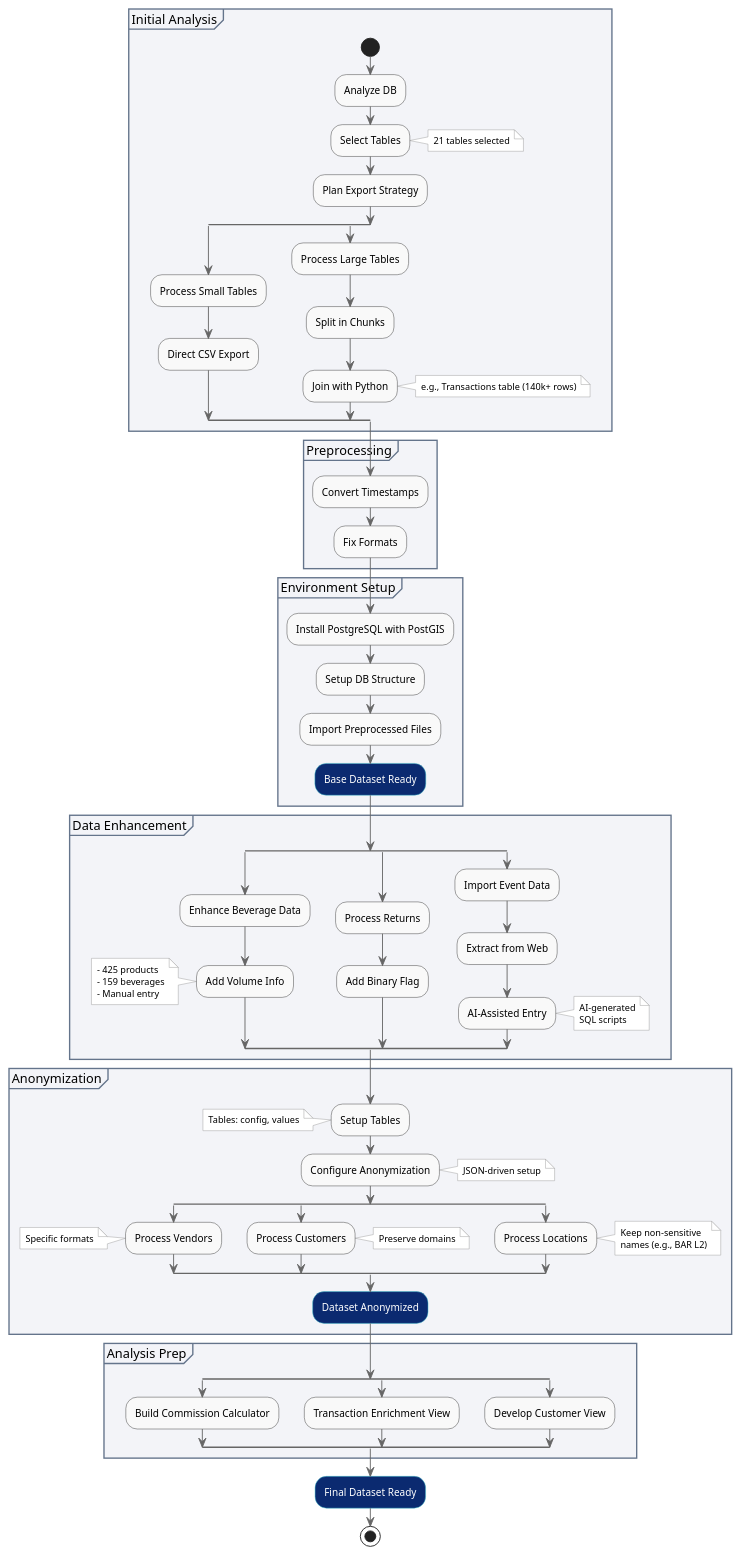
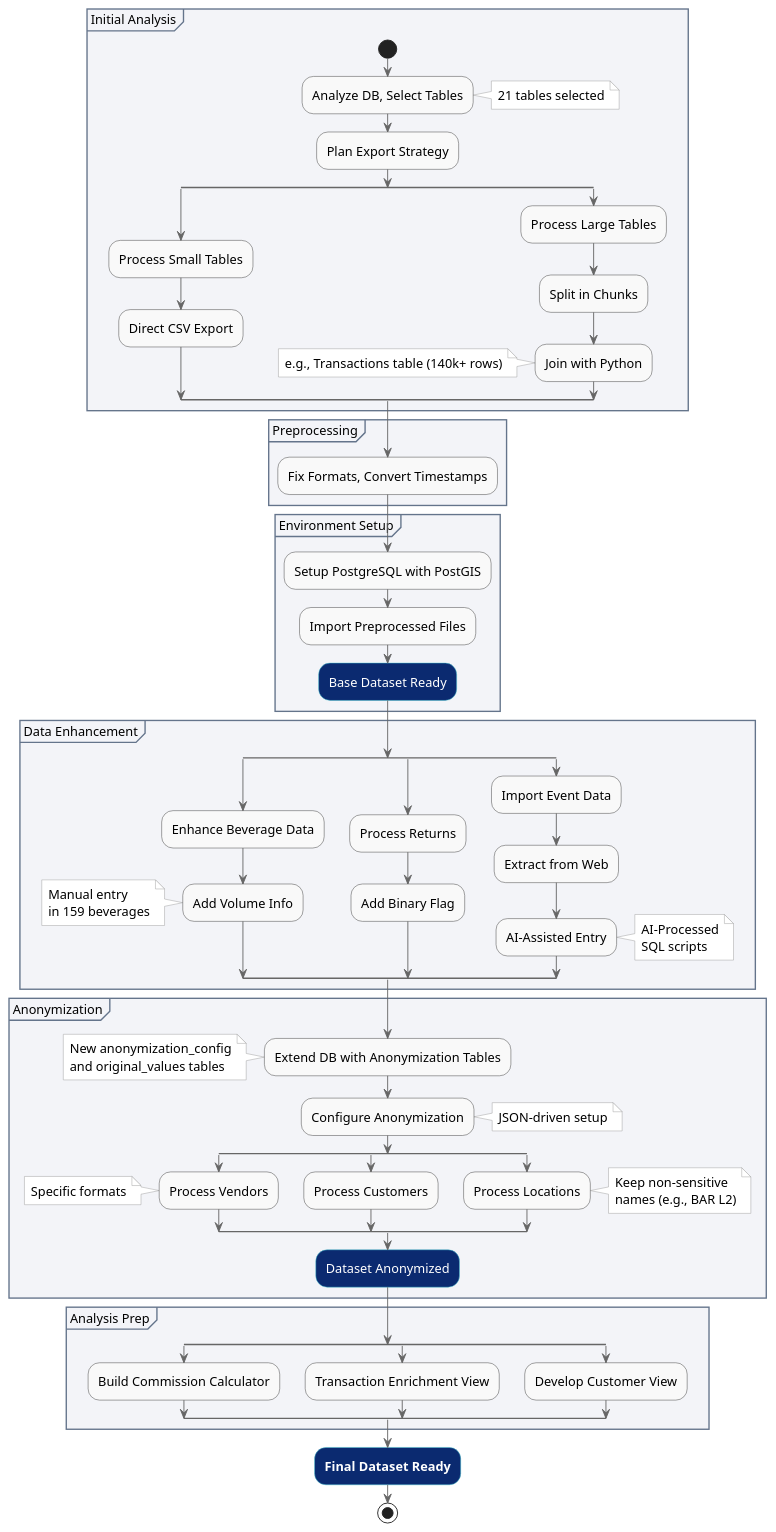
The diagram in thesis/figures/diagrams/kdd-workflow.puml (filipditrich/master-thesis), drawn with PlantUML before and after one commit. The commit also changed 4 other files, not shown here.

Commit message:
feat(thesis): slightly improve the KDD workflow diagram

```diff
--- a/thesis/figures/diagrams/kdd-workflow.puml
+++ b/thesis/figures/diagrams/kdd-workflow.puml
@@ -1,111 +1,113 @@
 @startuml
+'skinparam defaultFontName serif
+skinparam defaultFontSize 14
+skinparam padding 1
+'skinparam nodesep 5
+'skinparam ranksep 5000
 skinparam ActivityBackgroundColor #f9f9f9
 skinparam ActivityBorderColor #333
 skinparam ArrowColor #666
-skinparam ActivityFontSize 11
+skinparam ActivityFontSize 14
 skinparam NoteBorderColor #999
 skinparam NoteBackgroundColor #fff
-skinparam NoteFontSize 10
+skinparam NoteFontSize 14
 
 ' Define specific activity styles
 skinparam activity {
     BackgroundColor<<milestone>> #0B2A70
     FontColor<<milestone>> #FFF
     BorderColor<<milestone>> #40C8D3
 }
 
 skinparam partition {
     BackgroundColor #F3F4F8
     BorderColor #64748b
 }
 
 partition "Initial Analysis" {
     start
-    :Analyze DB;
-    :Select Tables;
+    :Analyze DB, Select Tables;
     note right: 21 tables selected
     :Plan Export Strategy;
 
     split
         :Process Small Tables;
         :Direct CSV Export;
     split again
         :Process Large Tables;
         :Split in Chunks;
         :Join with Python;
-        note right: e.g., Transactions table (140k+ rows)
+        note left: e.g., Transactions table (140k+ rows)
     end split
 }
 
 partition "Preprocessing" {
-    :Convert Timestamps;
-    :Fix Formats;
-'    note: Ensure numeric consistency
+    :Fix Formats, Convert Timestamps;
 }
 
 partition "Environment Setup" {
-    :Install PostgreSQL with PostGIS;
-    :Setup DB Structure;
+    :Setup PostgreSQL with PostGIS;
     :Import Preprocessed Files;
     :Base Dataset Ready;<<milestone>>
 }
 
 partition "Data Enhancement" {
     split
         :Enhance Beverage Data;
         :Add Volume Info;
         note left
-            - 425 products
-            - 159 beverages
-            - Manual entry
+            Manual entry
+            in 159 beverages
         end note
     split again
         :Process Returns;
         :Add Binary Flag;
     split again
         :Import Event Data;
         :Extract from Web;
         :AI-Assisted Entry;
         note right
-            AI-generated
+            AI-Processed
             SQL scripts
         end note
     end split
 }
 
 partition "Anonymization" {
-    :Setup Tables;
-    note left: Tables: config, values
+    :Extend DB with Anonymization Tables;
+    note left
+     New anonymization_config
+     and original_values tables
+    end note
     :Configure Anonymization;
     note right: JSON-driven setup
 
     split
         :Process Vendors;
         note left: Specific formats
     split again
         :Process Customers;
-        note right: Preserve domains
     split again
         :Process Locations;
         note right
             Keep non-sensitive
             names (e.g., BAR L2)
         end note
     end split
     :Dataset Anonymized;<<milestone>>
 }
 
 partition "Analysis Prep" {
     split
         :Build Commission Calculator;
     split again
         :Transaction Enrichment View;
     split again
         :Develop Customer View;
     end split
 }
 
-:Final Dataset Ready;<<milestone>>
+:**Final Dataset Ready**;<<milestone>>
 stop
 
 @enduml
```
